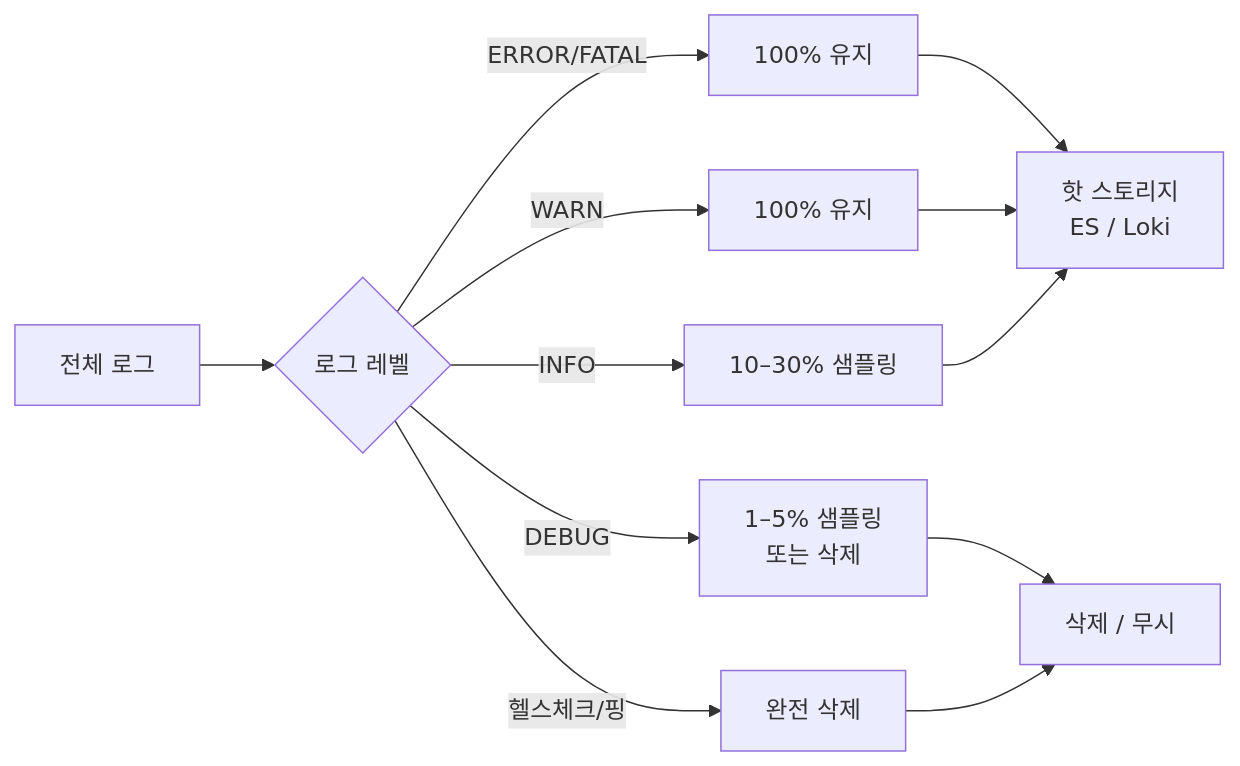
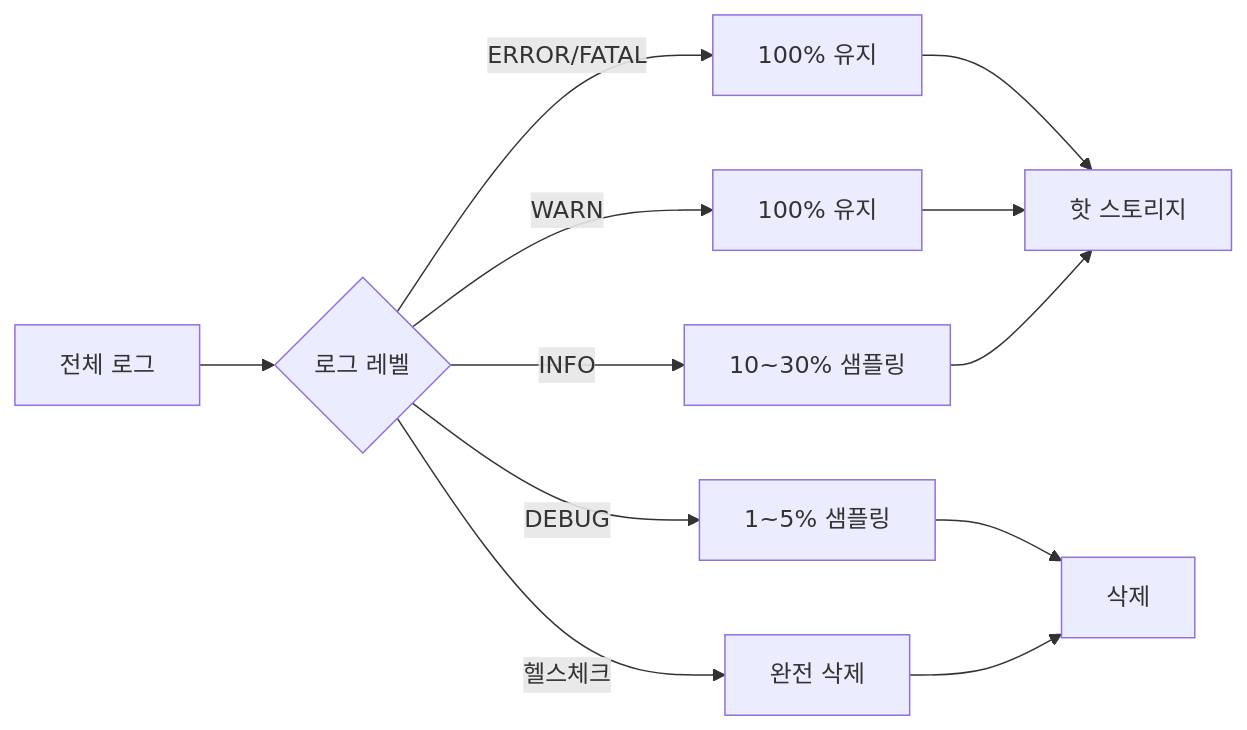
The ninth of 12 diagrams in content/linux/logging/log-management.md (moonblueblue/devops-wiki), drawn with Mermaid before and after one commit. The commit also changed other lines of this file and 12 other files, not shown here.

First line of the commit message:
style: linux 섹션 전체 ASCII art 제거 및 Mermaid 규칙 적용

````diff
--- a/content/linux/logging/log-management.md
+++ b/content/linux/logging/log-management.md
@@ -876,15 +859,15 @@
 ```mermaid
 flowchart LR
     A[전체 로그] --> B{로그 레벨}
     B -- ERROR/FATAL --> C[100% 유지]
     B -- WARN --> D[100% 유지]
-    B -- INFO --> E[10–30% 샘플링]
-    B -- DEBUG --> F[1–5% 샘플링\n또는 삭제]
-    B -- 헬스체크/핑 --> G[완전 삭제]
+    B -- INFO --> E[10~30% 샘플링]
+    B -- DEBUG --> F[1~5% 샘플링]
+    B -- 헬스체크 --> G[완전 삭제]
 
-    C --> H[핫 스토리지\nES / Loki]
+    C --> H[핫 스토리지]
     D --> H
     E --> H
-    F --> I[삭제 / 무시]
+    F --> I[삭제]
     G --> I
 ```
````
